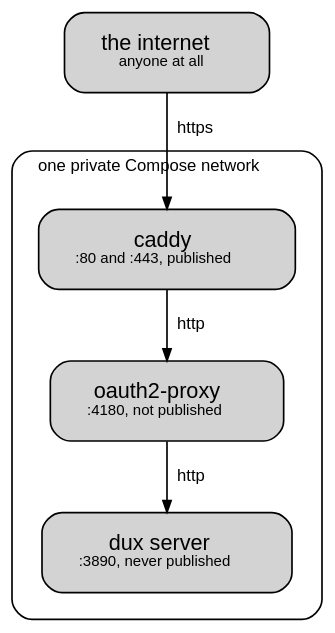
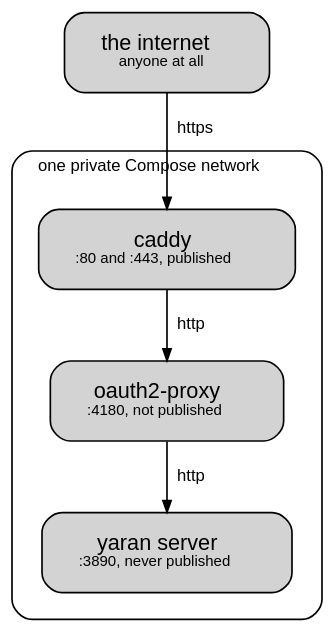
The first of 2 diagrams in website/docs/public-hosting.md (SiavZ/dux-amq-setup), drawn with Graphviz before and after one commit. The commit also changed other lines of this file and 1805 other files, not shown here.

Commit message:
Rebrand dux fork as Yaran with legacy interoperability

````diff
--- a/website/docs/public-hosting.md
+++ b/website/docs/public-hosting.md
@@ -36,30 +36,30 @@
-```dot Only Caddy publishes a port. dux publishes none, so the proxy container is the only thing on the machine that can reach it.
+```dot Only Caddy publishes a port. yaran publishes none, so the proxy container is the only thing on the machine that can reach it.
 digraph topology {
   bgcolor="transparent";
   rankdir=TB;
   nodesep=0.35;
   ranksep=0.45;
   node [shape=box, style="rounded,filled", fontname="Helvetica", fontsize=13, margin="0.30,0.18", penwidth=1];
   edge [fontname="Helvetica", fontsize=10, arrowsize=0.7, penwidth=1];
 
   internet [class="d-outside", label=<the internet<br/><font point-size="9">anyone at all</font>>];
 
   subgraph cluster_compose {
     label="one private Compose network";
     fontname="Helvetica";
     fontsize=10;
     labeljust="l";
     style="rounded";
     margin=16;
 
     caddy  [class="d-tls",  label=<caddy<br/><font point-size="9">:80 and :443, published</font>>];
     gate   [class="d-gate", label=<oauth2&#45;proxy<br/><font point-size="9">:4180, not published</font>>];
-    duxsvc [class="d-app",  label=<dux server<br/><font point-size="9">:3890, never published</font>>];
+    yaransvc [class="d-app",  label=<yaran server<br/><font point-size="9">:3890, never published</font>>];
 
     caddy -> gate   [label="  http"];
-    gate  -> duxsvc [label="  http"];
+    gate  -> yaransvc [label="  http"];
   }
 
   internet -> caddy [label="  https"];
 }
 ```
````
